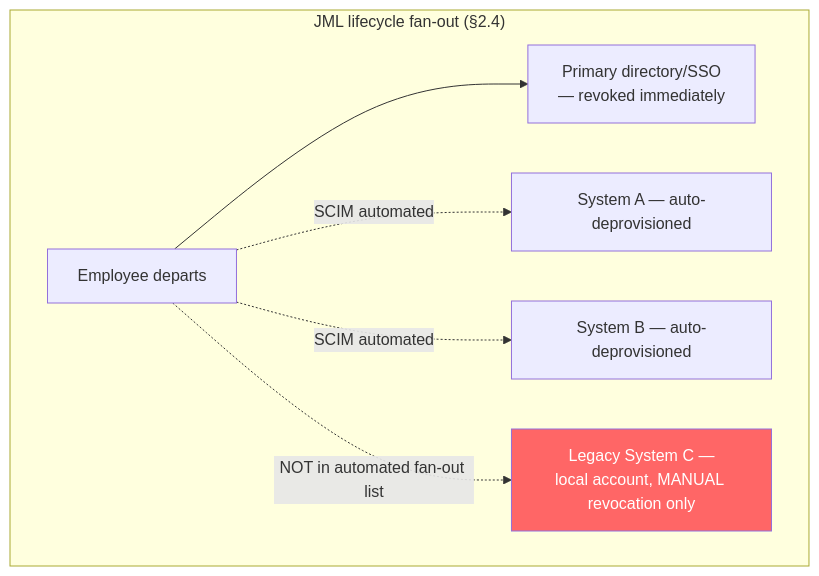
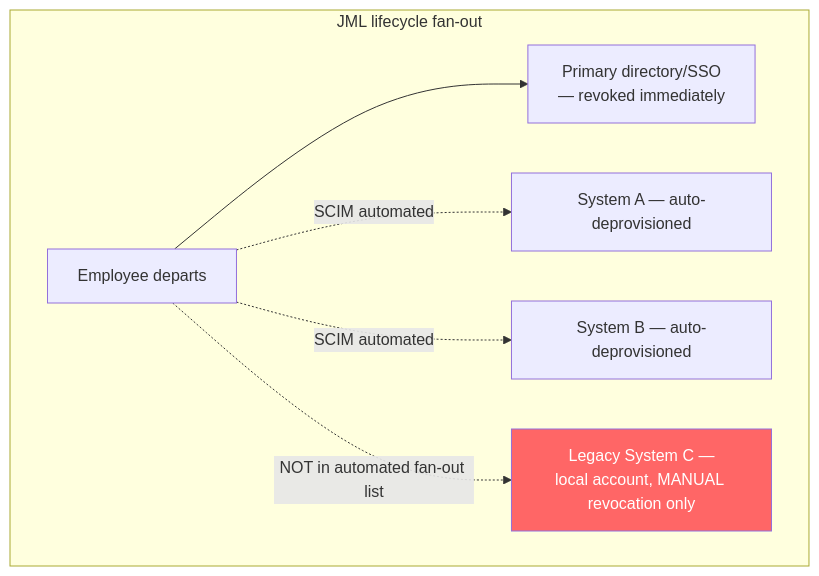
One commit to umashankarp/InterviewQuestions changed the second of 4 diagrams in 40-IAM/01-IAM-Fundamentals-AuthN-AuthZ-Models-Directory-Federation.md. Above: the diagram before and after it, drawn with Mermaid. The commit also changed other lines of this file and 173 other files, not shown here.

````diff
--- a/40-IAM/01-IAM-Fundamentals-AuthN-AuthZ-Models-Directory-Federation.md
+++ b/40-IAM/01-IAM-Fundamentals-AuthN-AuthZ-Models-Directory-Federation.md
@@ -72,10 +72,10 @@
 ```mermaid
 graph TB
-    subgraph "JML lifecycle fan-out (§2.4)"
-        Leaver[Employee departs] --> Primary[Primary directory/SSO<br/>— revoked immediately]
-        Leaver -.SCIM automated.-> SysA[System A — auto-deprovisioned]
-        Leaver -.SCIM automated.-> SysB[System B — auto-deprovisioned]
-        Leaver -.NOT in automated fan-out list.-> SysC[Legacy System C —<br/>local account, MANUAL revocation only]
-        style SysC fill:#f66,color:#fff
-    end
+ subgraph "JML lifecycle fan-out"
+ Leaver[Employee departs] --> Primary[Primary directory/SSO<br/>— revoked immediately]
+ Leaver -.SCIM automated.-> SysA[System A — auto-deprovisioned]
+ Leaver -.SCIM automated.-> SysB[System B — auto-deprovisioned]
+ Leaver -.NOT in automated fan-out list.-> SysC[Legacy System C —<br/>local account, MANUAL revocation only]
+ style SysC fill:#f66,color:#fff
+ end
 ```
````
